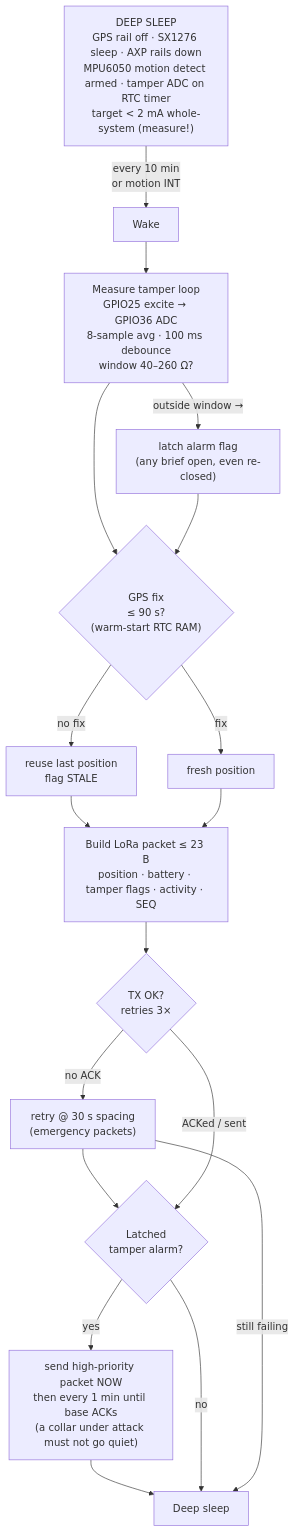
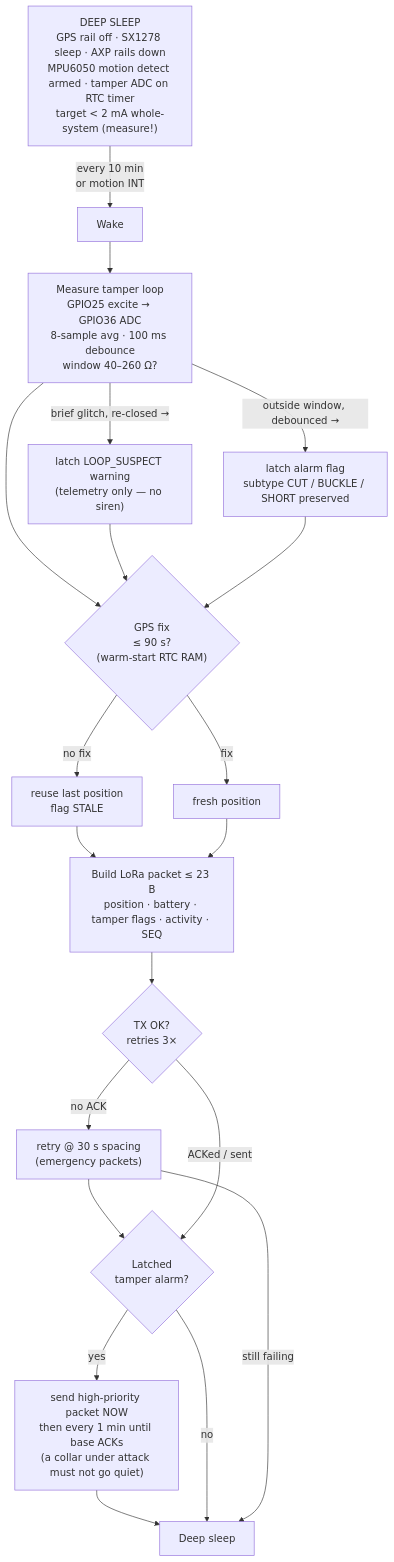
The first of 4 diagrams in docs/FLOWCHART.md (qppd/smart-collar), drawn with Mermaid before and after one commit. The commit also changed other lines of this file and 11 other files, not shown here.

````diff
--- a/docs/FLOWCHART.md
+++ b/docs/FLOWCHART.md
@@ -11,21 +11,23 @@
 ```mermaid
 flowchart TB
-    SLEEP["DEEP SLEEP<br/>GPS rail off · SX1276 sleep · AXP rails down<br/>MPU6050 motion detect armed · tamper ADC on RTC timer<br/>target &lt; 2 mA whole-system (measure!)"]
+    SLEEP["DEEP SLEEP<br/>GPS rail off · SX1278 sleep · AXP rails down<br/>MPU6050 motion detect armed · tamper ADC on RTC timer<br/>target &lt; 2 mA whole-system (measure!)"]
     SLEEP -- "every 10 min<br/>or motion INT" --> WAKE["Wake"]
     WAKE --> TAMPER["Measure tamper loop<br/>GPIO25 excite → GPIO36 ADC<br/>8-sample avg · 100 ms debounce<br/>window 40–260 Ω?"]
     TAMPER --> GFIX{"GPS fix<br/>≤ 90 s?<br/>(warm-start RTC RAM)"}
     GFIX -- "no fix" --> STALE["reuse last position<br/>flag STALE"]
     GFIX -- "fix" --> POS["fresh position"]
     STALE --> PKT
     POS --> PKT["Build LoRa packet ≤ 23 B<br/>position · battery · tamper flags · activity · SEQ"]
     PKT --> TX{"TX OK?<br/>retries 3×"}
     TX -- "no ACK" --> RETRY["retry @ 30 s spacing<br/>(emergency packets)"]
     RETRY --> LATCHQ
     TX -- "ACKed / sent" --> LATCHQ{"Latched<br/>tamper alarm?"}
     LATCHQ -- "yes" --> NOW["send high-priority packet NOW<br/>then every 1 min until base ACKs<br/>(a collar under attack must not go quiet)"]
     NOW --> BACK
     LATCHQ -- "no" --> BACK["Deep sleep"]
     RETRY -- "still failing" --> BACK
-    TAMPER -- "outside window →" --> LATCHEV["latch alarm flag<br/>(any brief open, even re-closed)"]
+    TAMPER -- "brief glitch, re-closed →" --> SUSPECT["latch LOOP_SUSPECT warning<br/>(telemetry only — no siren)"]
+    SUSPECT --> GFIX
+    TAMPER -- "outside window, debounced →" --> LATCHEV["latch alarm flag<br/>subtype CUT / BUCKLE / SHORT preserved"]
     LATCHEV --> GFIX
 ```
````
